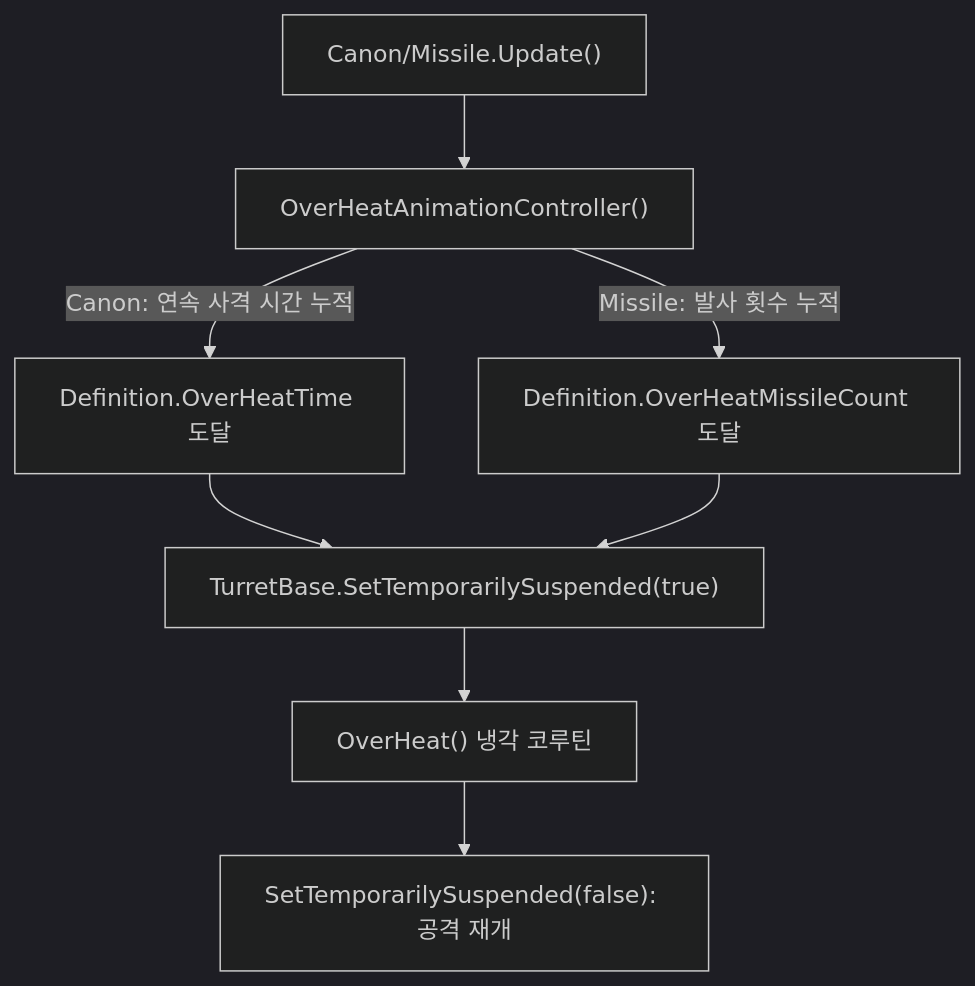
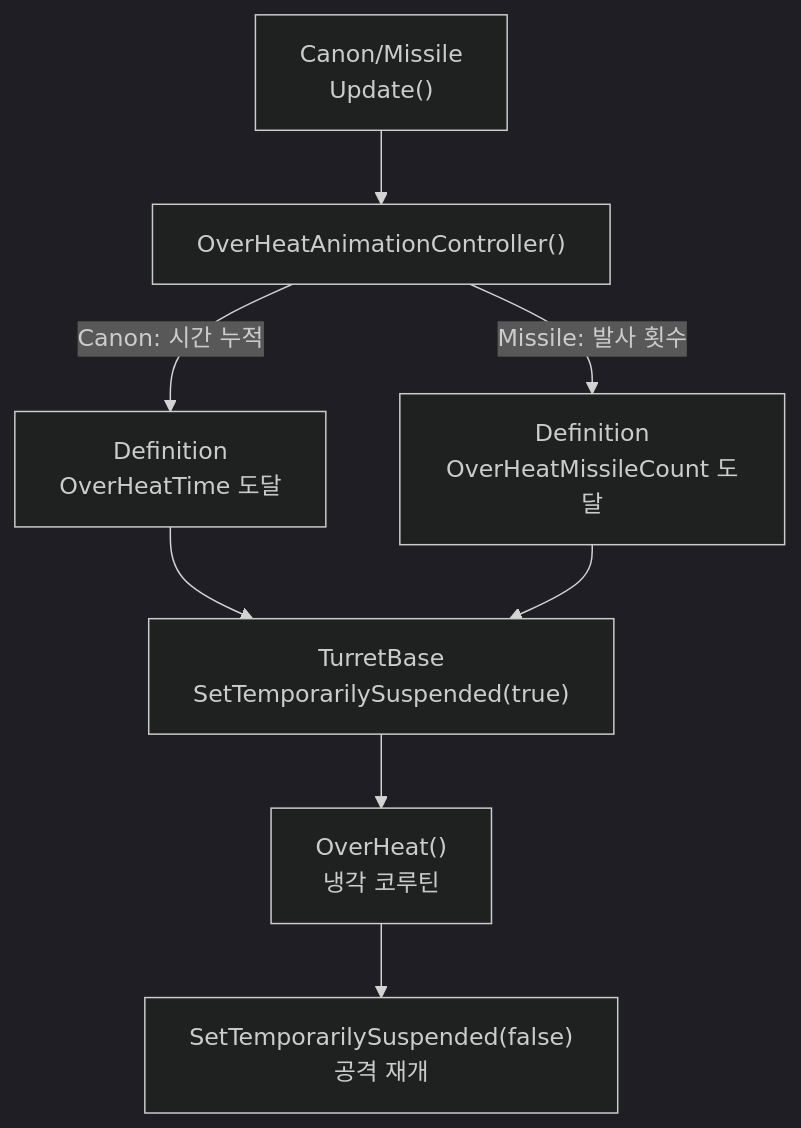
One commit to Team-HJD-21/unity-6-the-developer changed the eighth of 11 diagrams in Docs/architecture/turret-system-guide.md. Above: the diagram before and after it, drawn with Mermaid (dark theme). The commit also changed other lines of this file and 1 other file, not shown here.

Commit message:
Docs(turret) : prevent text clipping in diagrams

````diff
--- a/Docs/architecture/turret-system-guide.md
+++ b/Docs/architecture/turret-system-guide.md
@@ -297,10 +305,10 @@
 ```mermaid
 flowchart TD
-    Combat["Canon/Missile.Update()"] --> Check["OverHeatAnimationController()"]
-    Check -->|Canon: 연속 사격 시간 누적| CanonHeat["Definition.OverHeatTime 도달"]
-    Check -->|Missile: 발사 횟수 누적| MissileHeat["Definition.OverHeatMissileCount 도달"]
-    CanonHeat --> Suspend["TurretBase.SetTemporarilySuspended(true)"]
+    Combat["Canon/Missile<br>Update()"] --> Check["OverHeatAnimationController()"]
+    Check -->|Canon: 시간 누적| CanonHeat["Definition<br>OverHeatTime 도달"]
+    Check -->|Missile: 발사 횟수| MissileHeat["Definition<br>OverHeatMissileCount 도달"]
+    CanonHeat --> Suspend["TurretBase<br>SetTemporarilySuspended(true)"]
     MissileHeat --> Suspend
-    Suspend --> Cool["OverHeat() 냉각 코루틴"]
-    Cool --> Resume["SetTemporarilySuspended(false): 공격 재개"]
+    Suspend --> Cool["OverHeat()<br>냉각 코루틴"]
+    Cool --> Resume["SetTemporarilySuspended(false)<br>공격 재개"]
 ```
````
